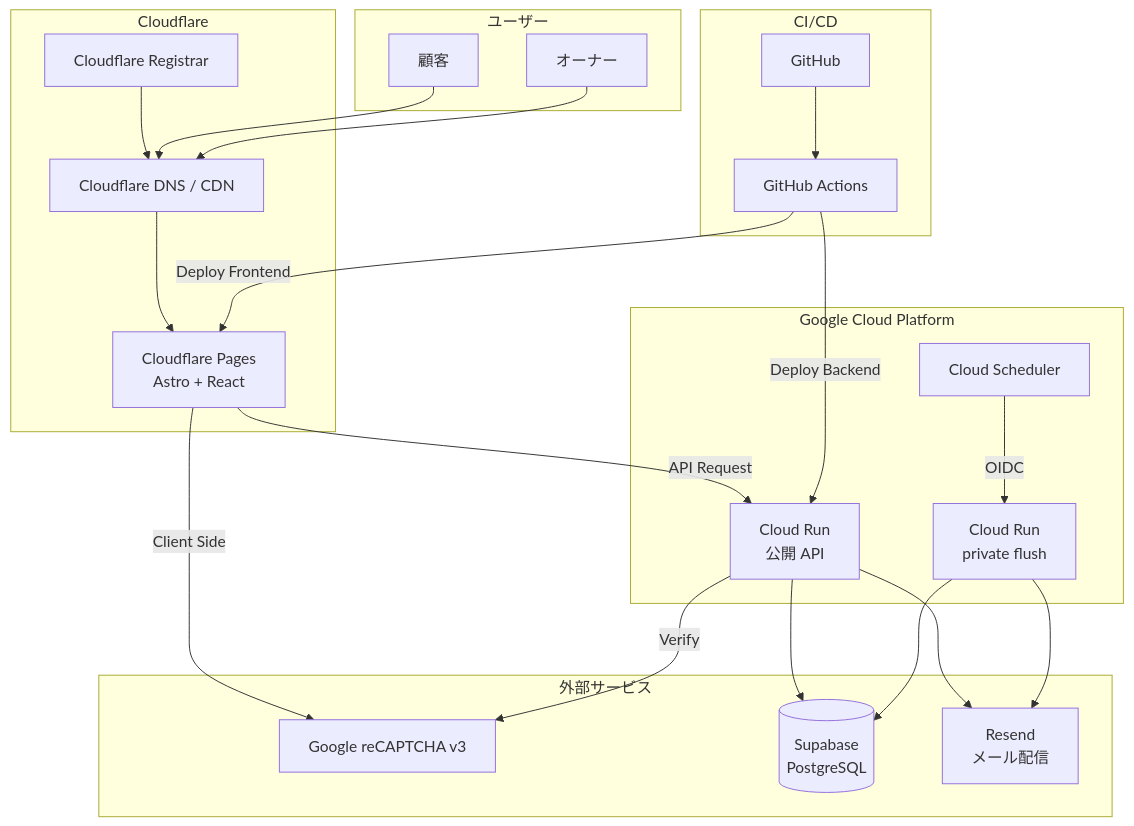
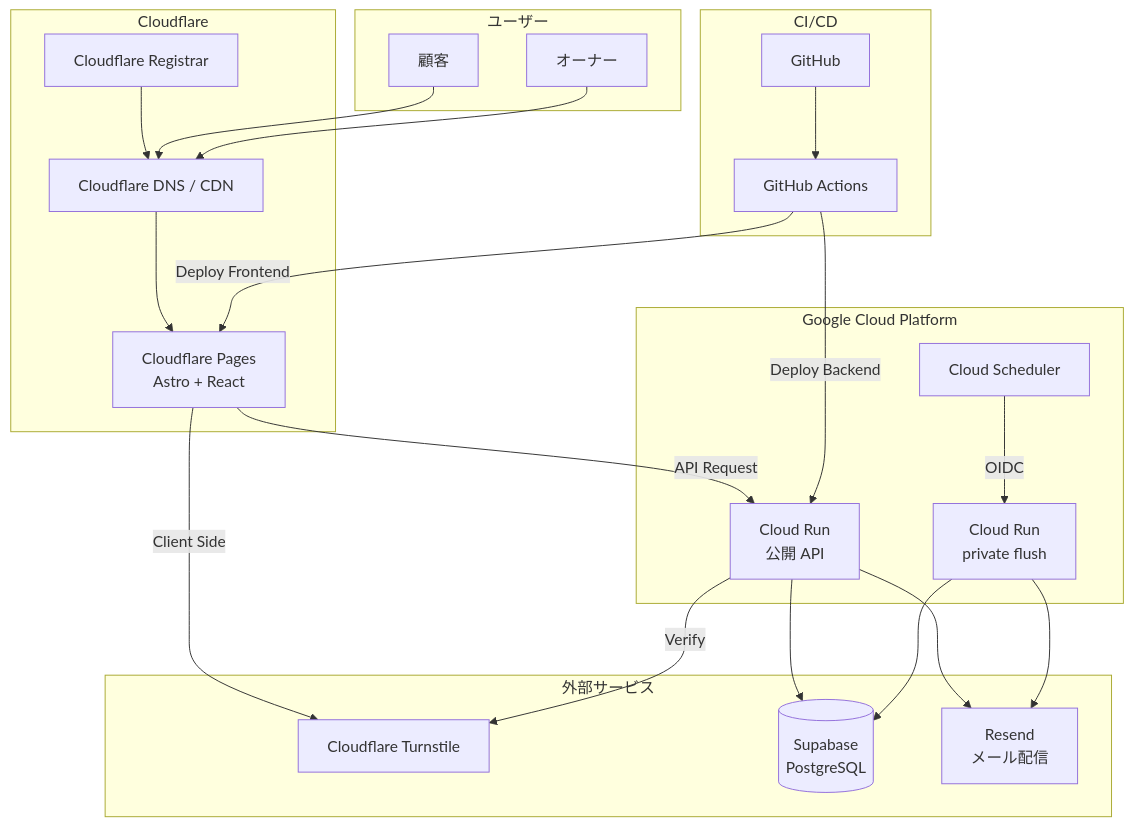
Before and after one commit to cergijame101007/satehits: the first of 4 diagrams in docs/infrastructure.md, drawn with Mermaid. The commit also changed other lines of this file and 11 other files, not shown here.

````diff
--- a/docs/infrastructure.md
+++ b/docs/infrastructure.md
@@ -5,47 +5,47 @@
 ```mermaid
 flowchart TB
     subgraph Users[ユーザー]
         Customer[顧客]
         Owner[オーナー]
     end
 
     subgraph Cloudflare[Cloudflare]
         CFRegistrar[Cloudflare Registrar]
         CFDNS[Cloudflare DNS / CDN]
         CFPages[Cloudflare Pages<br>Astro + React]
     end
 
     subgraph Google[Google Cloud Platform]
         CloudRun[Cloud Run<br>公開 API]
         CloudRunInternal[Cloud Run<br>private flush]
         Scheduler[Cloud Scheduler]
     end
 
     subgraph External[外部サービス]
-        ReCaptcha[Google reCAPTCHA v3]
+        Turnstile[Cloudflare Turnstile]
         Supabase[(Supabase<br>PostgreSQL)]
         Resend[Resend<br>メール配信]
     end
 
     subgraph CI_CD[CI/CD]
         GitHub[GitHub]
         Actions[GitHub Actions]
     end
 
     CFRegistrar --> CFDNS
     Customer --> CFDNS
     Owner --> CFDNS
     CFDNS --> CFPages
     CFPages -->|API Request| CloudRun
     CloudRun --> Supabase
     CloudRun --> Resend
     Scheduler -->|OIDC| CloudRunInternal
     CloudRunInternal --> Supabase
     CloudRunInternal --> Resend
-    CFPages -->|Client Side| ReCaptcha
-    CloudRun -->|Verify| ReCaptcha
+    CFPages -->|Client Side| Turnstile
+    CloudRun -->|Verify| Turnstile
 
     GitHub --> Actions
     Actions -->|Deploy Frontend| CFPages
     Actions -->|Deploy Backend| CloudRun
 ```
````
